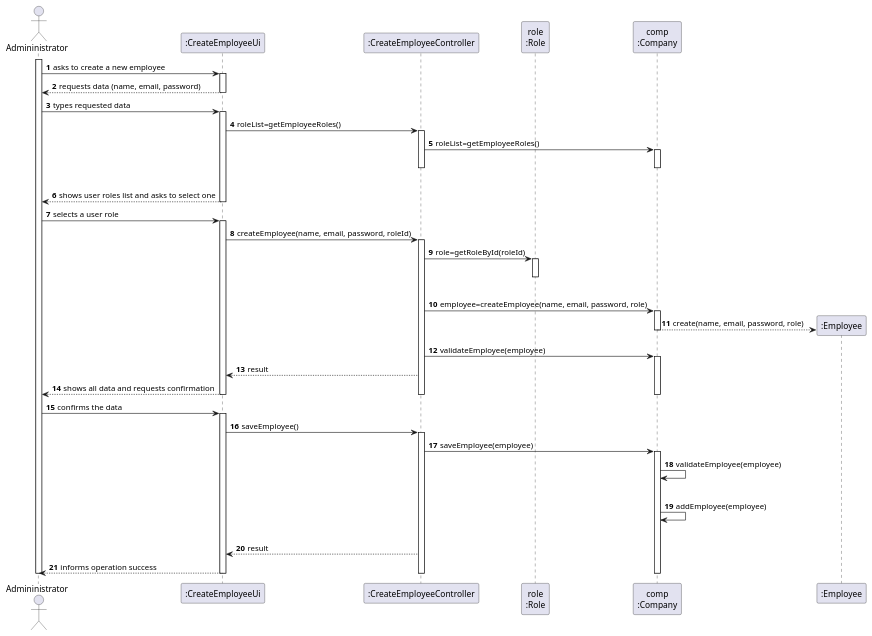
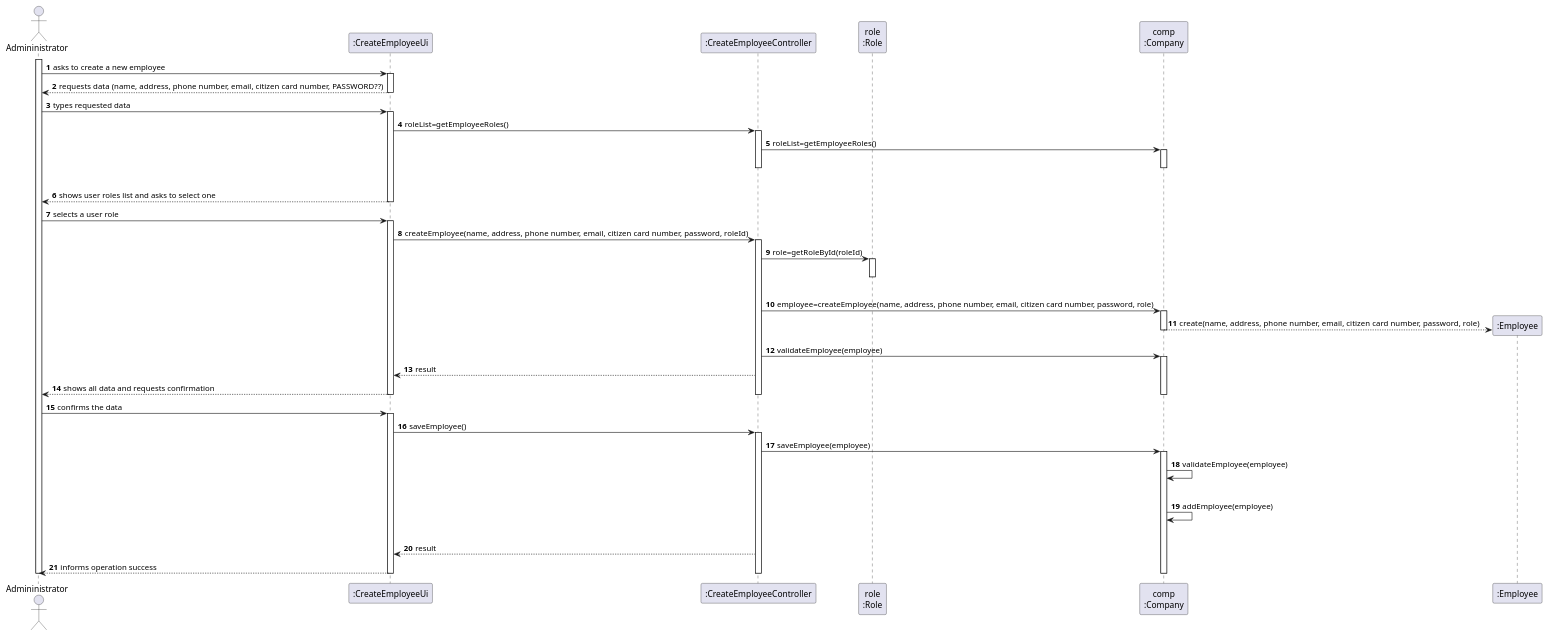
Before and after one commit to miseEnPlace-i/lapr2: the diagram in docs/SprintB/US10/SD/US10_SD.puml, drawn with PlantUML.

Commit message:
docs(us-10): updated sd

```diff
--- a/docs/SprintB/US10/SD/US10_SD.puml
+++ b/docs/SprintB/US10/SD/US10_SD.puml
@@ -1,80 +1,80 @@
 @startuml US10_SD
 autonumber
 ' hide footbox
 actor "Admininistrator" as admin
 
 participant ":CreateEmployeeUi" as empUi
 participant ":CreateEmployeeController" as empController
 participant "role\n:Role" as role
 participant "comp\n:Company" as comp
 participant ":Employee" as emp
 
 activate admin
 admin -> empUi : asks to create a new employee
 activate empUi
-empUi --> admin : requests data (name, email, password)
+empUi --> admin : requests data (name, address, phone number, email, citizen card number, PASSWORD??)
 deactivate empUi
 
 admin -> empUi : types requested data
 activate empUi
 
 empUi -> empController : roleList=getEmployeeRoles()
 activate empController
 
 empController -> comp : roleList=getEmployeeRoles()
 activate comp
 |||
 deactivate comp
 deactivate empController
 
 empUi --> admin : shows user roles list and asks to select one
 deactivate empUi
 
 admin -> empUi : selects a user role
 activate empUi
 
-empUi -> empController : createEmployee(name, email, password, roleId)
+empUi -> empController : createEmployee(name, address, phone number, email, citizen card number, password, roleId)
 activate empController
 
 empController -> role : role=getRoleById(roleId)
 activate role
 |||
 deactivate role
 
-empController -> comp: employee=createEmployee(name, email, password, role)
+empController -> comp: employee=createEmployee(name, address, phone number, email, citizen card number, password, role)
 activate comp
 
-comp --> emp**: create(name, email, password, role)
+comp --> emp**: create(name, address, phone number, email, citizen card number, password, role)
 deactivate comp
 empController -> comp: validateEmployee(employee)
 
 activate comp
 empController --> empUi: result
 empUi --> admin: shows all data and requests confirmation
 deactivate comp
 deactivate empController
 deactivate empUi
 
 admin -> empUi : confirms the data
 activate empUi
 empUi -> empController : saveEmployee()
 activate empController
 
 empController -> comp : saveEmployee(employee)
 activate comp
 
 comp -> comp: validateEmployee(employee)
 |||
 comp -> comp: addEmployee(employee)
 |||
 
 empController --> empUi: result
 
 empUi --> admin : informs operation success
 deactivate comp
 deactivate empController
 deactivate empUi
 
 deactivate admin
 
 @enduml
```
